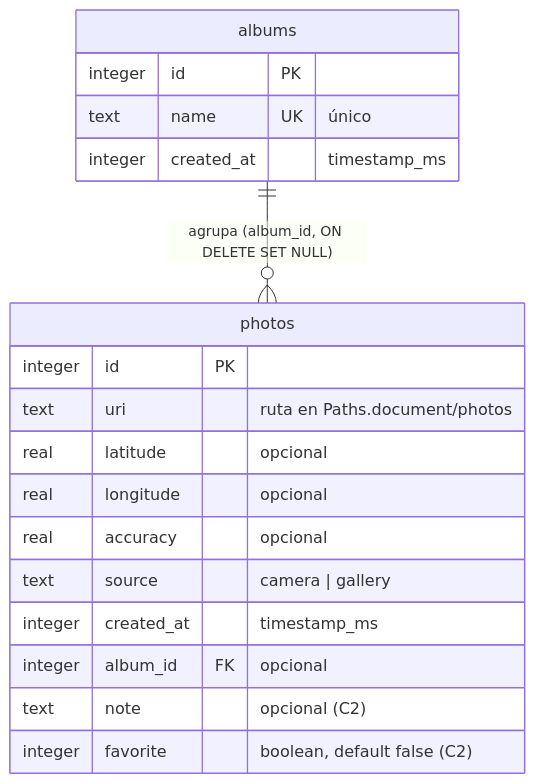
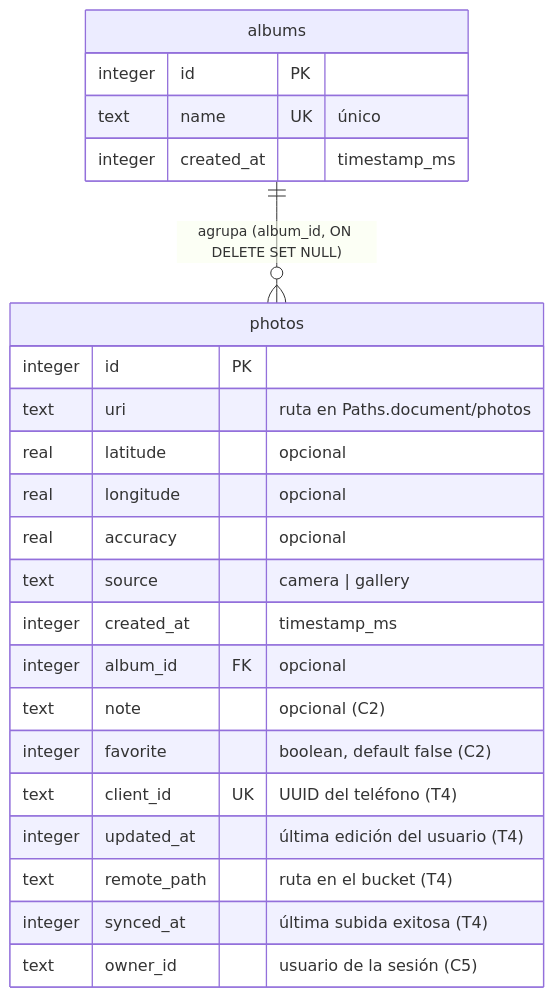
One commit to rijosaer/geocam changed the second of 2 diagrams in README.md. Above: the diagram before and after it, drawn with Mermaid. The commit also changed other lines of this file and 36 other files, not shown here.

````diff
--- a/README.md
+++ b/README.md
@@ -22,21 +75,26 @@
 ```mermaid
 erDiagram
     albums ||--o{ photos : "agrupa (album_id, ON DELETE SET NULL)"
     albums {
         integer id PK
         text name UK "único"
         integer created_at "timestamp_ms"
     }
     photos {
         integer id PK
         text uri "ruta en Paths.document/photos"
         real latitude "opcional"
         real longitude "opcional"
         real accuracy "opcional"
         text source "camera | gallery"
         integer created_at "timestamp_ms"
         integer album_id FK "opcional"
         text note "opcional (C2)"
         integer favorite "boolean, default false (C2)"
+        text client_id UK "UUID del teléfono (T4)"
+        integer updated_at "última edición del usuario (T4)"
+        text remote_path "ruta en el bucket (T4)"
+        integer synced_at "última subida exitosa (T4)"
+        text owner_id "usuario de la sesión (C5)"
     }
 ```
````
